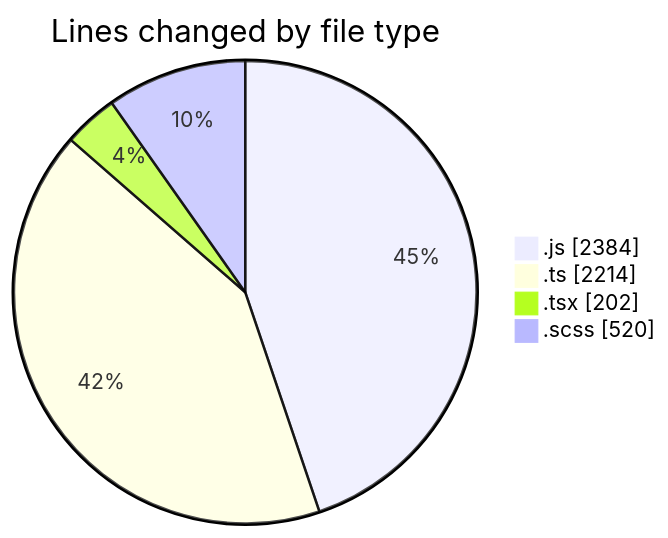
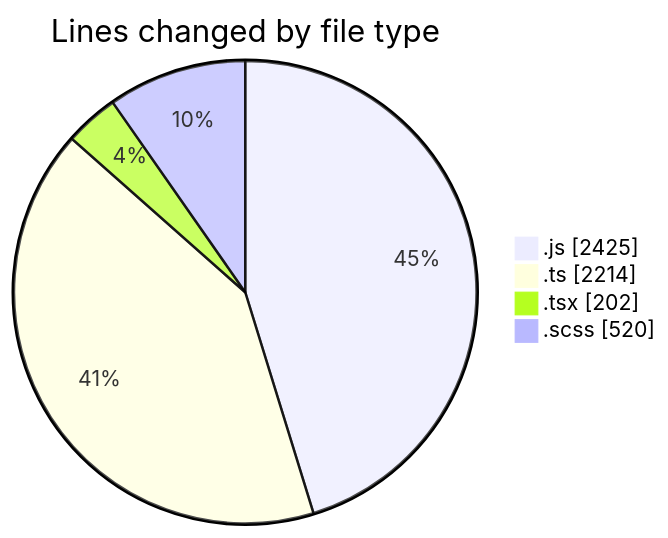
Before and after one commit to momahboobian/code-tracking: the first of 2 diagrams in 2025-06-18/cda/README.md, drawn with Mermaid. The commit also changed other lines of this file and 1 other file, not shown here.

````diff
--- a/2025-06-18/cda/README.md
+++ b/2025-06-18/cda/README.md
@@ -40,8 +40,8 @@
 ```mermaid
 pie showData
 title Lines changed by file type
-".js" : 2384
+".js" : 2425
 ".ts" : 2214
 ".tsx" : 202
 ".scss" : 520
 ```
````
